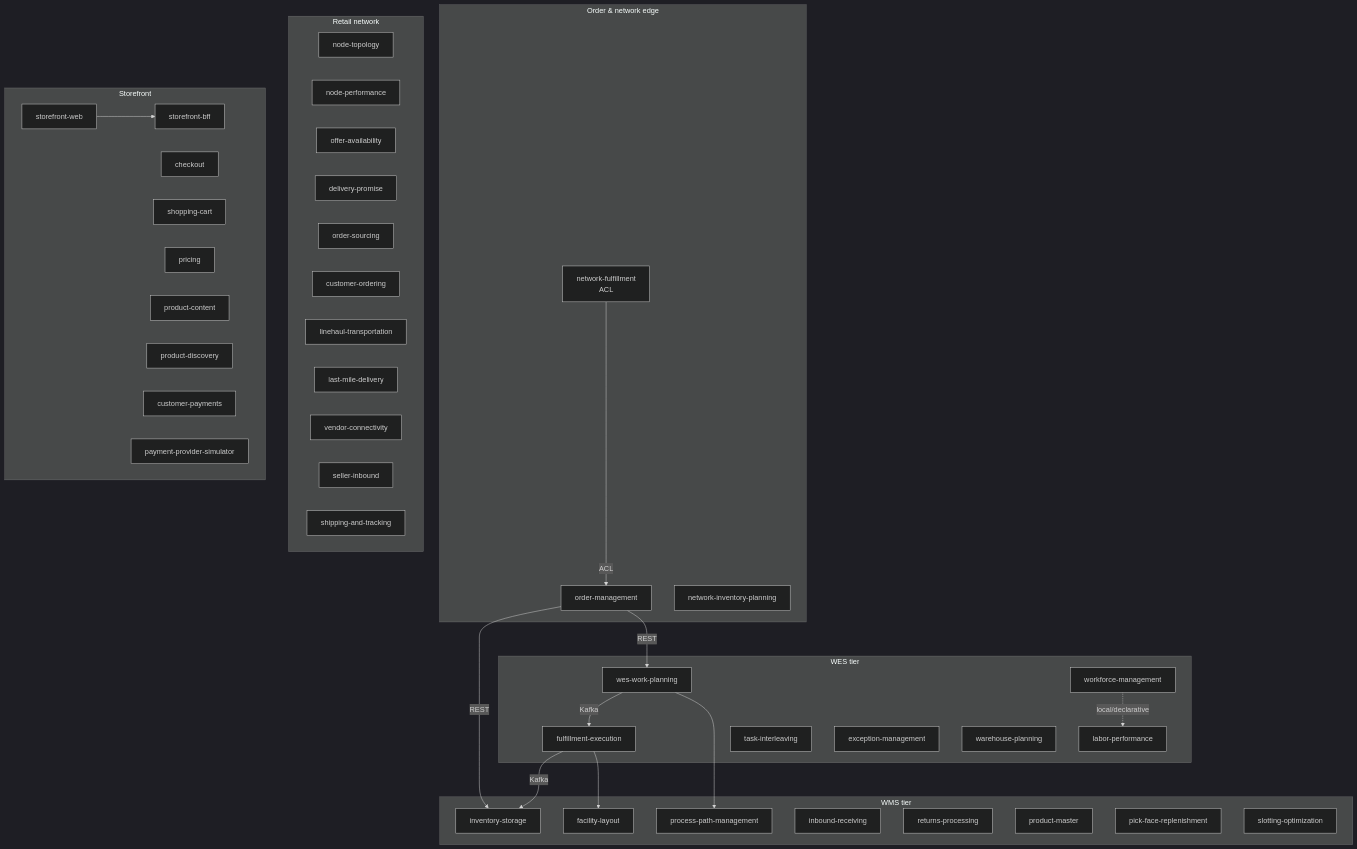
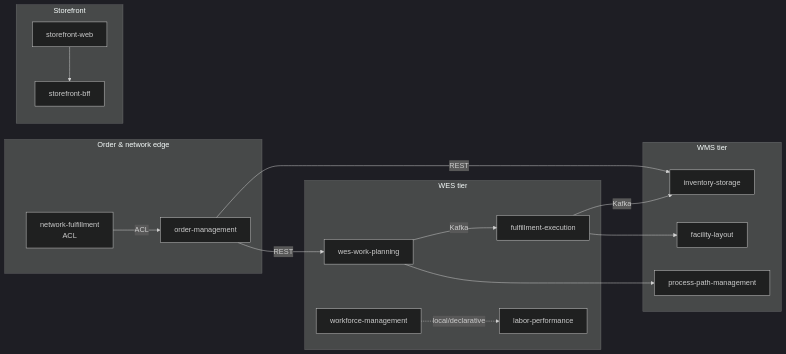
Before and after one commit to IQVO/.github: the diagram in profile/README.md, drawn with Mermaid (dark theme). The commit also changed other lines of this file, not shown here.

Commit message:
docs: legible context-map slice

````diff
--- a/profile/README.md
+++ b/profile/README.md
@@ -32,65 +32,35 @@
 ```mermaid
-flowchart TB
+flowchart LR
     subgraph WMS["WMS tier"]
         FL[facility-layout]
         INV[inventory-storage]
         PPM[process-path-management]
-        INB[inbound-receiving]
-        RET[returns-processing]
-        PM[product-master]
-        PFR[pick-face-replenishment]
-        SLO[slotting-optimization]
     end
 
     subgraph WES["WES tier"]
         WWP[wes-work-planning]
         FE[fulfillment-execution]
         WFM[workforce-management]
         LP[labor-performance]
-        TI[task-interleaving]
-        EXC[exception-management]
-        WP[warehouse-planning]
     end
 
     subgraph EDGE["Order & network edge"]
         OM[order-management]
         NF[network-fulfillment<br/>ACL]
-        NIP[network-inventory-planning]
-    end
-
-    subgraph NET["Retail network"]
-        NT[node-topology]
-        NP[node-performance]
-        OA[offer-availability]
-        DP[delivery-promise]
-        OS[order-sourcing]
-        CO[customer-ordering]
-        LH[linehaul-transportation]
-        LM[last-mile-delivery]
-        VC[vendor-connectivity]
-        SI[seller-inbound]
-        ST[shipping-and-tracking]
     end
 
     subgraph SF["Storefront"]
         WEB[storefront-web]
         BFF[storefront-bff]
-        CHK[checkout]
-        CART[shopping-cart]
-        PRC[pricing]
-        PC[product-content]
-        PD[product-discovery]
-        PAY[customer-payments]
-        PPS[payment-provider-simulator]
     end
 
     OM -->|REST| INV
     OM -->|REST| WWP
     WWP -->|Kafka| FE
     FE -->|Kafka| INV
     FE --> FL
     WWP --> PPM
     WFM -.->|local/declarative| LP
     NF -->|ACL| OM
     WEB --> BFF
 ```
````
